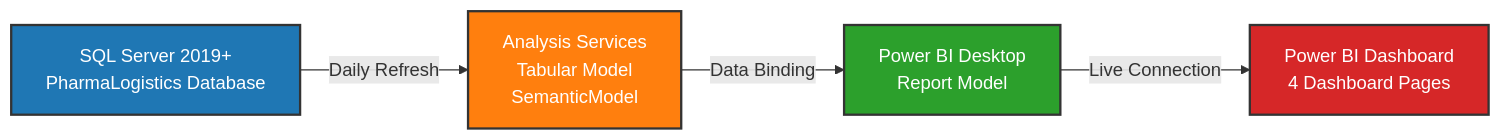
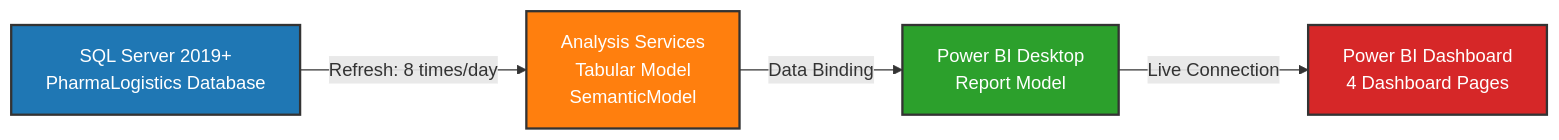
One commit to Data-Marc/pharma-logistics-bi changed the first of 2 diagrams in docs/ARCHITECTURE.md. Above: the diagram before and after it, drawn with Mermaid. The commit also changed other lines of this file, not shown here.

Commit message:
docs: update diagram labels to show 'Refresh: 8 times/day' for consistency

````diff
--- a/docs/ARCHITECTURE.md
+++ b/docs/ARCHITECTURE.md
@@ -7,11 +7,11 @@
 ```mermaid
 graph LR
-    A["SQL Server 2019+<br/>PharmaLogistics Database"] -->|Daily Refresh| B["Analysis Services<br/>Tabular Model<br/>SemanticModel"]
+    A["SQL Server 2019+<br/>PharmaLogistics Database"] -->|Refresh: 8 times/day| B["Analysis Services<br/>Tabular Model<br/>SemanticModel"]
     B -->|Data Binding| C["Power BI Desktop<br/>Report Model"]
     C -->|Live Connection| D["Power BI Dashboard<br/>4 Dashboard Pages"]
     
     style A fill:#1f77b4,stroke:#333,stroke-width:2px,color:#fff
     style B fill:#ff7f0e,stroke:#333,stroke-width:2px,color:#fff
     style C fill:#2ca02c,stroke:#333,stroke-width:2px,color:#fff
     style D fill:#d62728,stroke:#333,stroke-width:2px,color:#fff
 ```
````
